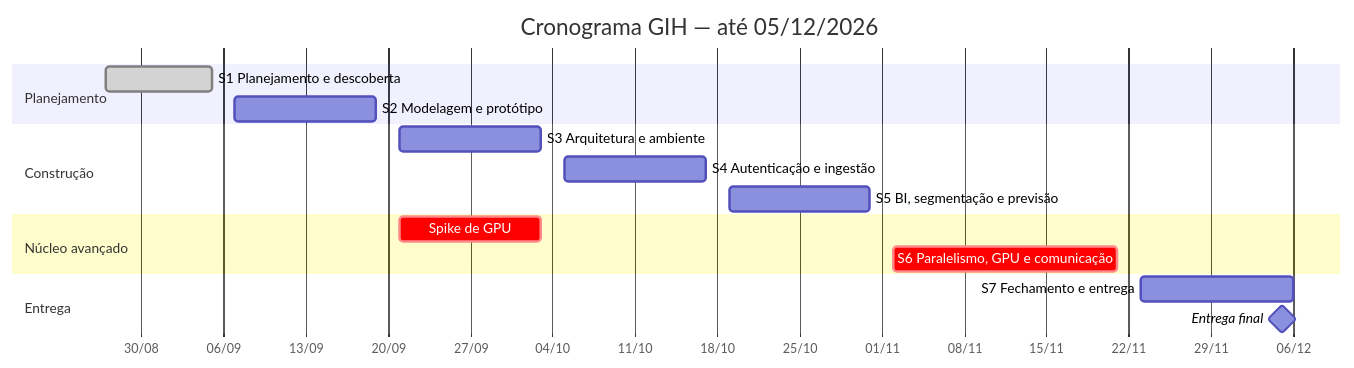
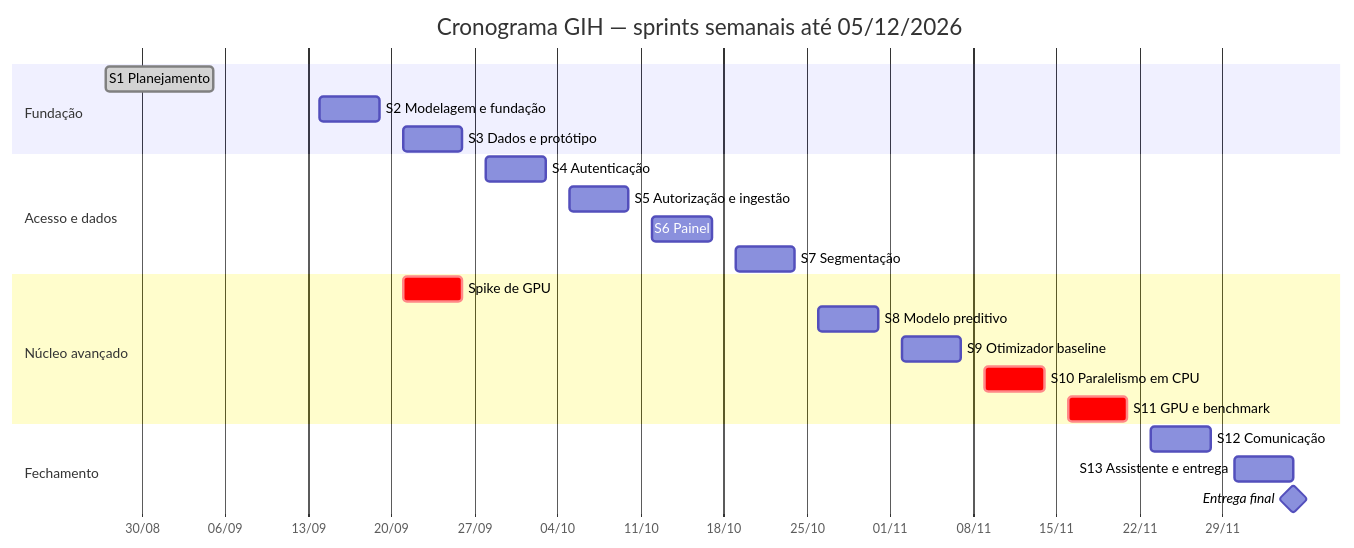
Before and after one commit to PedroMiranda243/gih-fabrica-de-software: the diagram in docs/05-cronograma.md, drawn with Mermaid. The commit also changed other lines of this file and 3 other files, not shown here.

First line of the commit message:
docs: reorganiza o projeto em sprints semanais

````diff
--- a/docs/05-cronograma.md
+++ b/docs/05-cronograma.md
@@ -43,23 +54,29 @@
 ```mermaid
 gantt
-    title Cronograma GIH — até 05/12/2026
+    title Cronograma GIH — sprints semanais até 05/12/2026
     dateFormat YYYY-MM-DD
     axisFormat %d/%m
 
-    section Planejamento
-    S1 Planejamento e descoberta      :done, s1, 2026-08-27, 2026-09-05
-    S2 Modelagem e protótipo          :s2, 2026-09-07, 12d
+    section Fundação
+    S1 Planejamento            :done, 2026-08-27, 2026-09-05
+    S2 Modelagem e fundação    :2026-09-14, 5d
+    S3 Dados e protótipo       :2026-09-21, 5d
 
-    section Construção
-    S3 Arquitetura e ambiente         :s3, 2026-09-21, 12d
-    S4 Autenticação e ingestão        :s4, 2026-10-05, 12d
-    S5 BI, segmentação e previsão     :s5, 2026-10-19, 12d
+    section Acesso e dados
+    S4 Autenticação            :2026-09-28, 5d
+    S5 Autorização e ingestão  :2026-10-05, 5d
+    S6 Painel                  :2026-10-12, 5d
+    S7 Segmentação             :2026-10-19, 5d
 
     section Núcleo avançado
-    Spike de GPU                      :crit, spike, 2026-09-21, 12d
-    S6 Paralelismo, GPU e comunicação :crit, s6, 2026-11-02, 19d
+    Spike de GPU               :crit, 2026-09-21, 5d
+    S8 Modelo preditivo        :2026-10-26, 5d
+    S9 Otimizador baseline     :2026-11-02, 5d
+    S10 Paralelismo em CPU     :crit, 2026-11-09, 5d
+    S11 GPU e benchmark        :crit, 2026-11-16, 5d
 
-    section Entrega
-    S7 Fechamento e entrega           :s7, 2026-11-23, 13d
-    Entrega final                     :milestone, m1, 2026-12-05, 0d
+    section Fechamento
+    S12 Comunicação            :2026-11-23, 5d
+    S13 Assistente e entrega   :2026-11-30, 5d
+    Entrega final              :milestone, 2026-12-05, 0d
 ```
````
